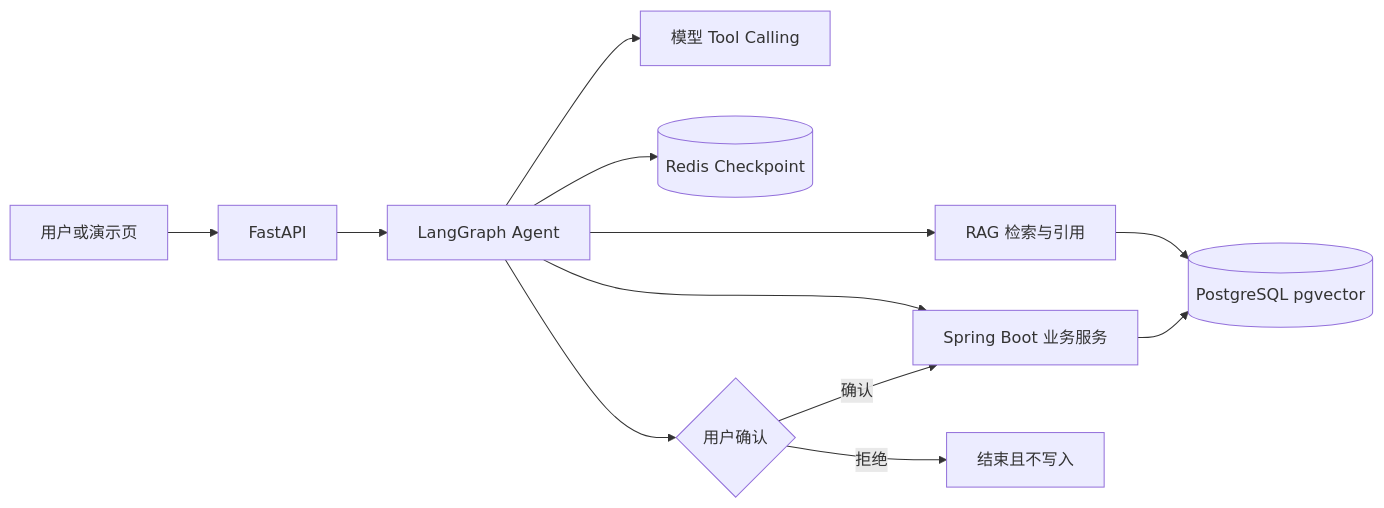
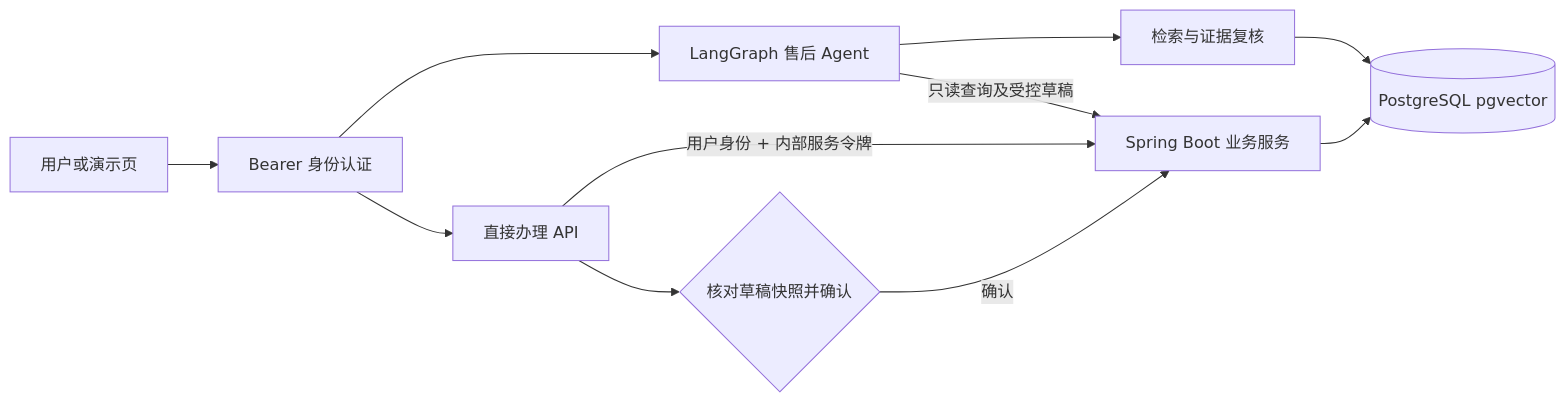
Before and after one commit to xypw/opspilot-agent-platform: the diagram in README.md, drawn with Mermaid. The commit also changed other lines of this file and 71 other files, not shown here.

````diff
--- a/README.md
+++ b/README.md
@@ -19,14 +20,13 @@
 ```mermaid
 flowchart LR
-    U[用户或演示页] --> API[FastAPI]
-    API --> G[LangGraph Agent]
-    G --> LLM[模型 Tool Calling]
-    G --> RAG[RAG 检索与引用]
+    U[用户或演示页] --> AUTH[Bearer 身份认证]
+    AUTH --> AGENT[LangGraph 售后 Agent]
+    AUTH --> API[直接办理 API]
+    AGENT --> RAG[检索与证据复核]
     RAG --> PG[(PostgreSQL pgvector)]
-    G --> REDIS[(Redis Checkpoint)]
-    G --> JAVA[Spring Boot 业务服务]
+    AGENT -->|只读查询及受控草稿| JAVA[Spring Boot 业务服务]
+    API -->|用户身份 + 内部服务令牌| JAVA[Spring Boot 业务服务]
     JAVA --> PG
-    G --> HITL{用户确认}
-    HITL -- 拒绝 --> END[结束且不写入]
+    API --> HITL{核对草稿快照并确认}
     HITL -- 确认 --> JAVA
 ```
````
